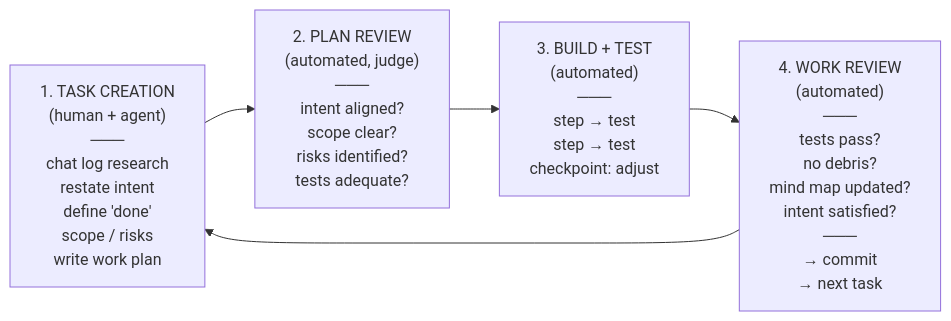
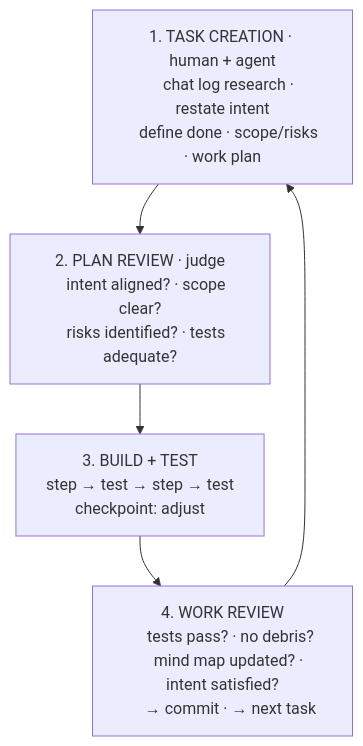
One commit to horiacristescu/claude-playbook-plugin changed the diagram in README.md. Above: the diagram before and after it, drawn with Mermaid.

Commit message:
Mermaid diagram: switch to top-down layout, compact labels

````diff
--- a/README.md
+++ b/README.md
@@ -39,37 +39,16 @@
 ```mermaid
-graph LR
-    A["1. TASK CREATION
-    (human + agent)
-    ───
-    chat log research
-    restate intent
-    define 'done'
-    scope / risks
-    write work plan"] --> B["2. PLAN REVIEW
-    (automated, judge)
-    ───
-    intent aligned?
-    scope clear?
-    risks identified?
-    tests adequate?"]
-
+graph TD
+    A["1. TASK CREATION · human + agent
+    chat log research · restate intent
+    define done · scope/risks · work plan"] --> B["2. PLAN REVIEW · judge
+    intent aligned? · scope clear?
+    risks identified? · tests adequate?"]
     B --> C["3. BUILD + TEST
-    (automated)
-    ───
-    step → test
-    step → test
+    step → test → step → test
     checkpoint: adjust"]
-
     C --> D["4. WORK REVIEW
-    (automated)
-    ───
-    tests pass?
-    no debris?
-    mind map updated?
-    intent satisfied?
-    ───
-    → commit
-    → next task"]
-
+    tests pass? · no debris?
+    mind map updated? · intent satisfied?
+    → commit · → next task"]
     D --> A
 ```
````
